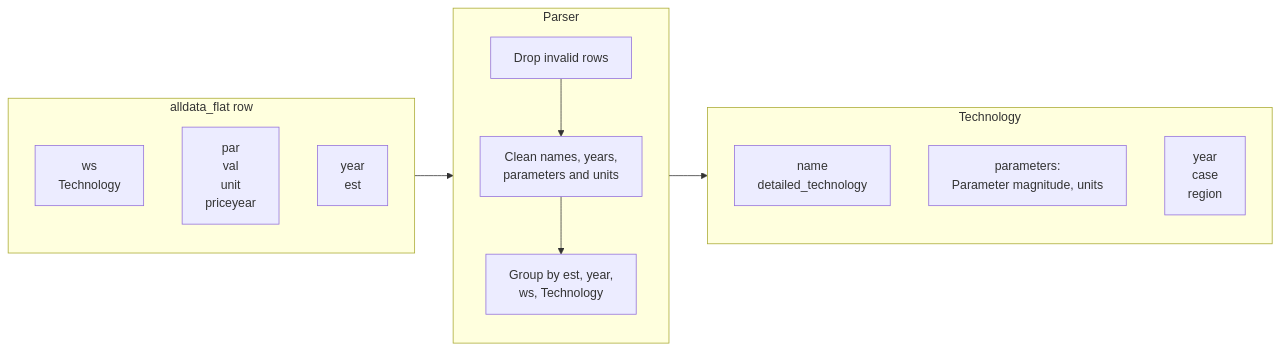
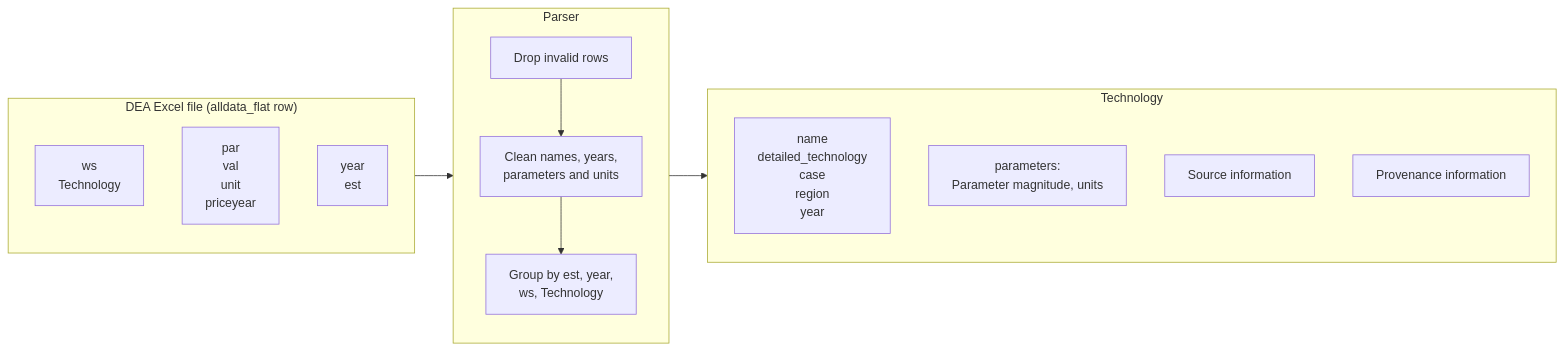
Before and after one commit to open-energy-transition/technology-data: the diagram in docs/examples/dea_storage_v10.md, drawn with Mermaid. The commit also changed other lines of this file, not shown here.

Commit message:
docs: Simplify documentation for DEA storage data v10

````diff
--- a/docs/examples/dea_storage_v10.md
+++ b/docs/examples/dea_storage_v10.md
@@ -84,23 +87,24 @@
 ```mermaid
 flowchart LR
-  subgraph raw["alldata_flat row"]
+  subgraph raw["DEA Excel file (alldata_flat row)"]
     direction TB
     r1["ws<br>Technology"]
     r2["par<br>val<br>unit<br>priceyear"]
     r3["year<br>est"]
   end
   subgraph parser["Parser"]
     direction TB
     s1["Drop invalid rows"]
     s2["Clean names, years,<br>parameters and units"]
     s3["Group by est, year,<br>ws, Technology"]
     s1 --> s2 --> s3
   end
   subgraph out["Technology"]
     direction TB
-    o1["name<br>detailed_technology"]
+    o1["name<br>detailed_technology<br>case<br>region<br>year"]
     o2["parameters:<br>Parameter magnitude, units"]
-    o3["year<br>case<br>region"]
+    o3["Source information"]
+    o4["Provenance information"]
   end
   raw --> parser --> out
 ```
````
